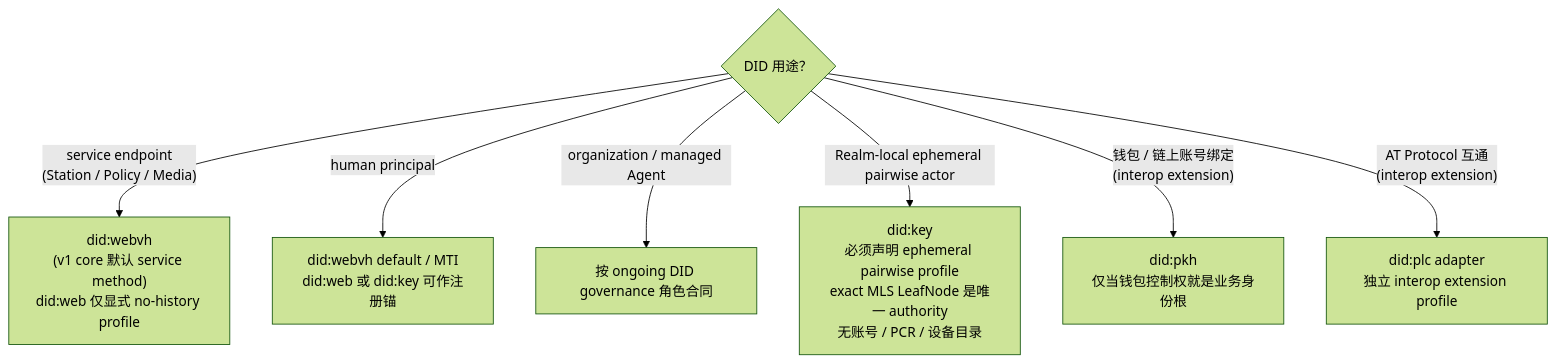
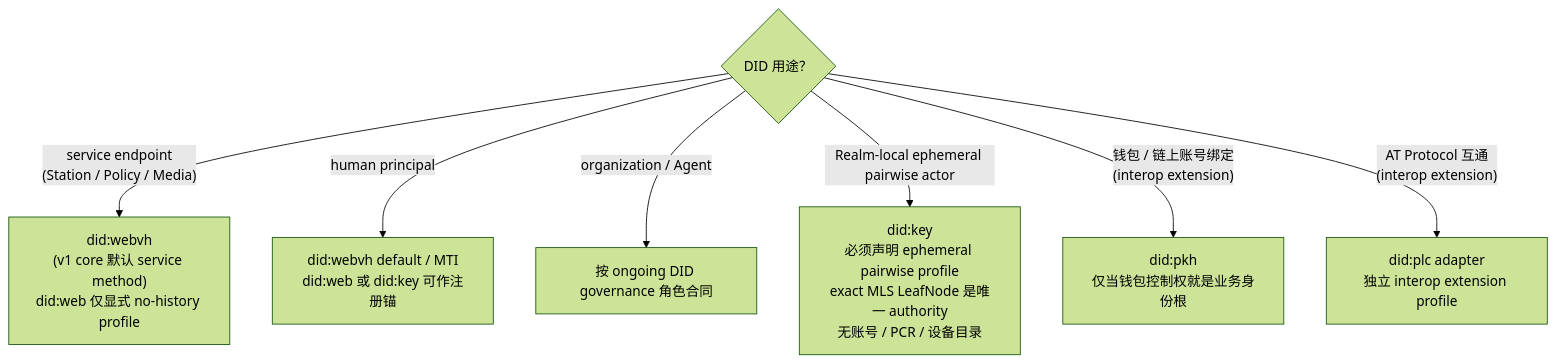
Before and after one commit to arkret-org/arkret-spec: the diagram in spec/v1/zh/identity/identity-did.md, drawn with Mermaid (forest theme). The commit also changed other lines of this file and 106 other files, not shown here.

````diff
--- a/spec/v1/zh/identity/identity-did.md
+++ b/spec/v1/zh/identity/identity-did.md
@@ -159,17 +159,17 @@
 ```mermaid
 flowchart TB
     Q1{"DID 用途？"}
 
     Q1 -- "service endpoint<br/>(Station / Policy / Media)" --> SVC["did:webvh<br/>(v1 core 默认 service method)<br/>did:web 仅显式 no-history profile"]
 
     Q1 -- "human principal" --> PRINCIPAL["did:webvh default / MTI<br/>did:web 或 did:key 可作注册锚"]
 
-    Q1 -- "organization / managed Agent" --> GOVERNED["按 ongoing DID governance 角色合同"]
+    Q1 -- "organization / Agent" --> GOVERNED["按 ongoing DID governance 角色合同"]
 
     Q1 -- "Realm-local ephemeral pairwise actor" --> KEY["did:key<br/>必须声明 ephemeral pairwise profile<br/>exact MLS LeafNode 是唯一 authority<br/>无账号 / PCR / 设备目录"]
 
     Q1 -- "钱包 / 链上账号绑定<br/>(interop extension)" --> PKH["did:pkh<br/>仅当钱包控制权就是业务身份根"]
 
     Q1 -- "AT Protocol 互通<br/>(interop extension)" --> PLC["did:plc adapter<br/>独立 interop extension profile"]
 
 ```
````
